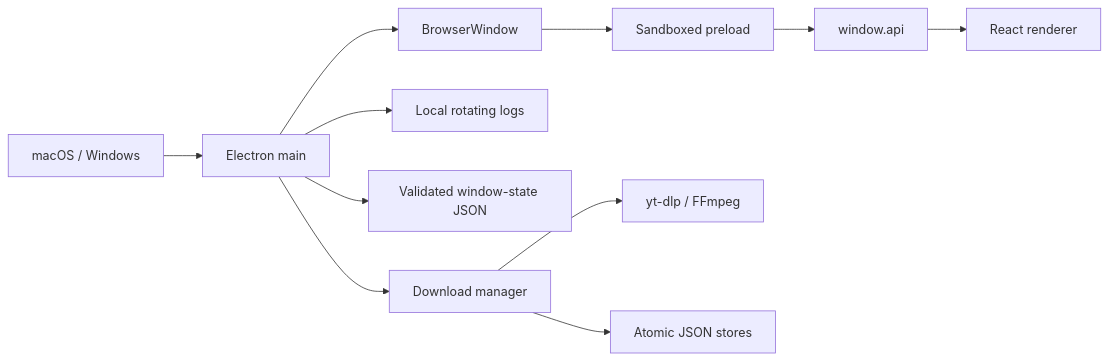
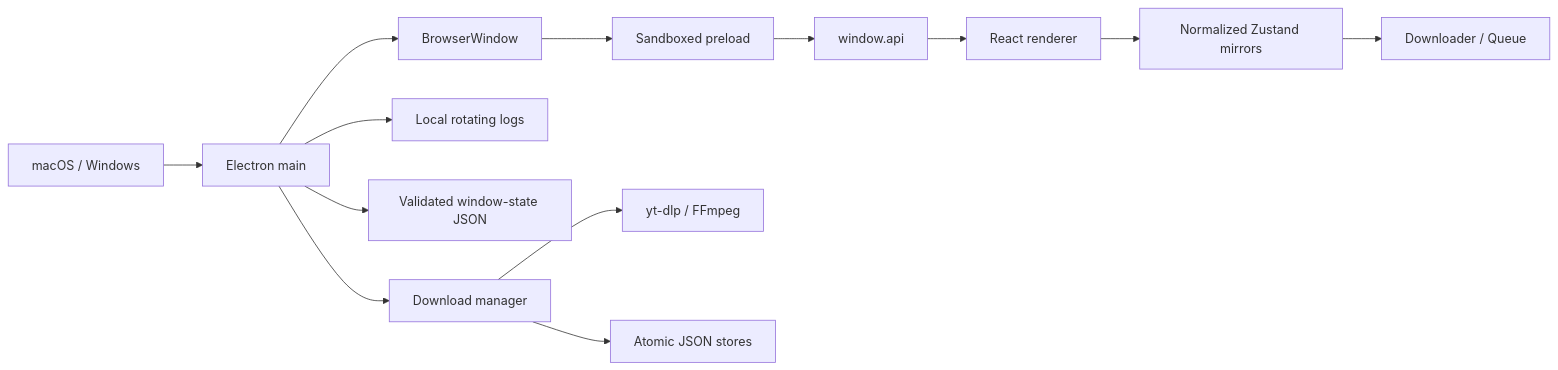
One commit to hussainislive/HA-VideoDownloader changed the first of 6 diagrams in docs/ARCHITECTURE.md. Above: the diagram before and after it, drawn with Mermaid. The commit also changed other lines of this file and 10 other files, not shown here.

````diff
--- a/docs/ARCHITECTURE.md
+++ b/docs/ARCHITECTURE.md
@@ -7,13 +7,15 @@
 ```mermaid
 flowchart LR
   OS[macOS / Windows] --> Main[Electron main]
   Main --> Window[BrowserWindow]
   Window --> Preload[Sandboxed preload]
   Preload --> API[window.api]
   API --> Renderer[React renderer]
+  Renderer --> Mirrors[Normalized Zustand mirrors]
+  Mirrors --> Screens[Downloader / Queue]
   Main --> Logs[Local rotating logs]
   Main --> State[Validated window-state JSON]
   Main --> Manager[Download manager]
   Manager --> Engine[yt-dlp / FFmpeg]
   Manager --> Stores[Atomic JSON stores]
 ```
````
